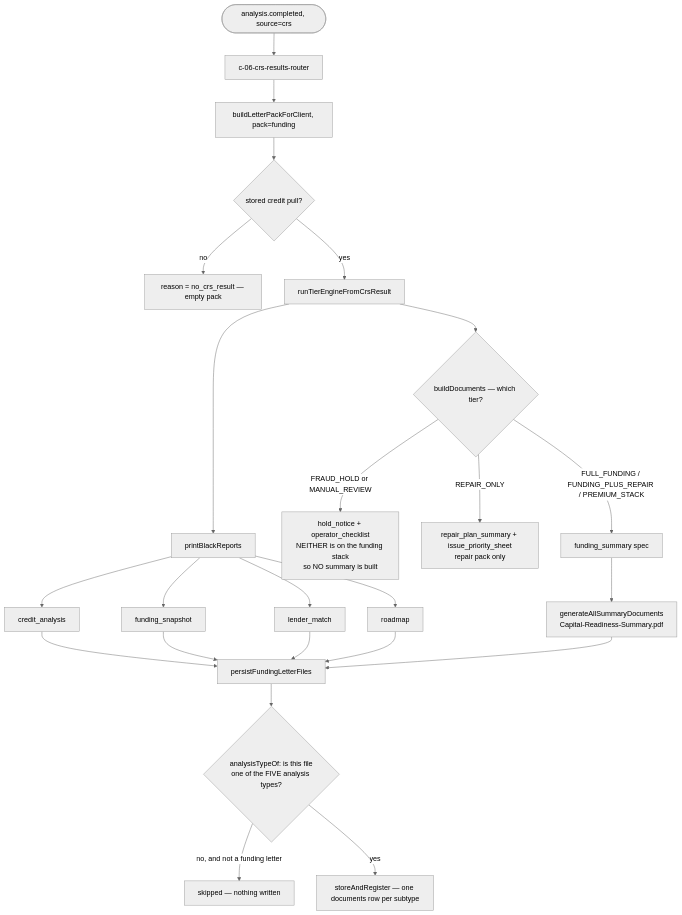
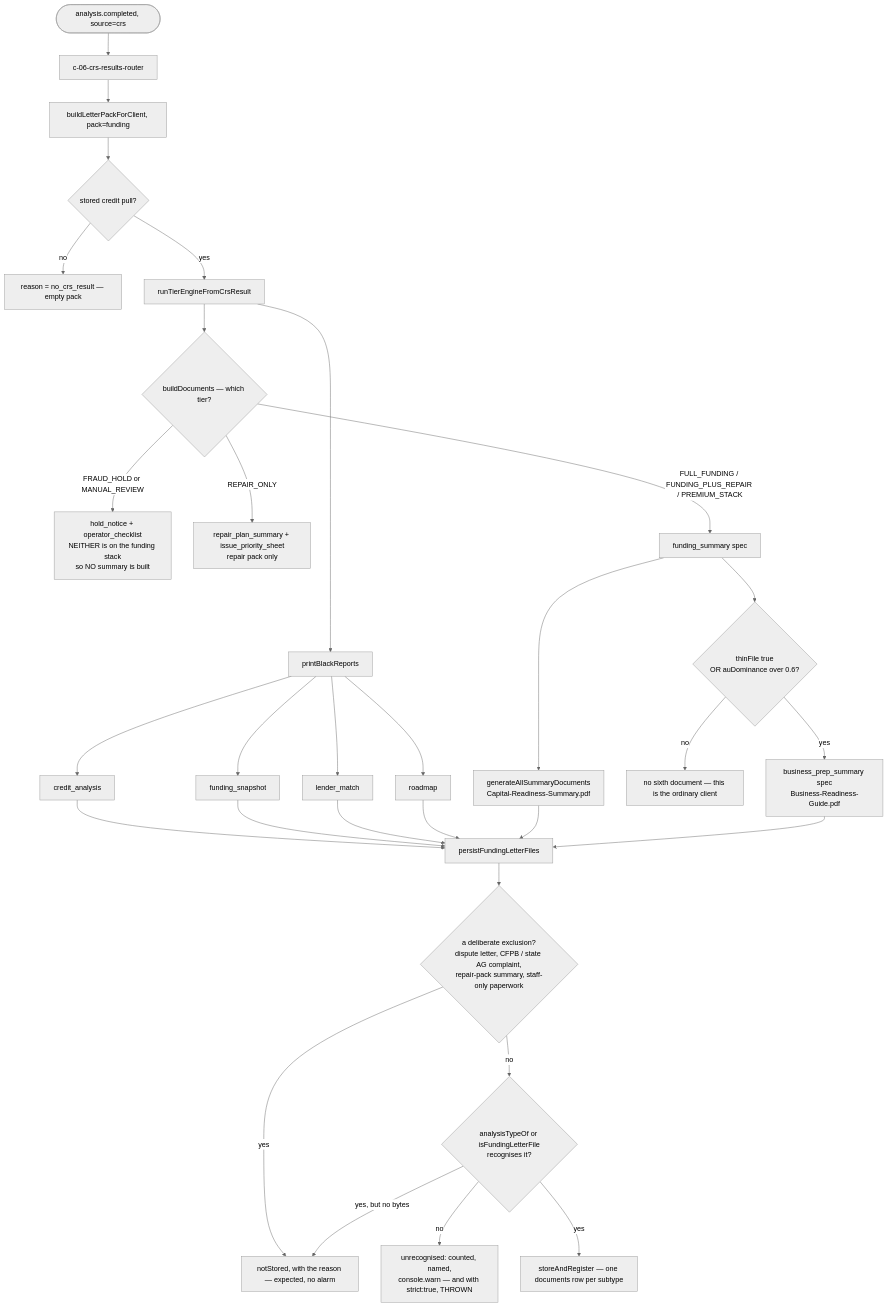
The first of 2 diagrams in docs/journeys/deliverables-actual.md (ZootimusMaximusSupreme/Fundhub_ai), drawn with Mermaid (neutral theme) before and after one commit. The commit also changed other lines of this file and 5 other files, not shown here.

First line of the commit message:
Save the SIXTH deliverable too, and stop the saver dropping files in silence

````diff
--- a/docs/journeys/deliverables-actual.md
+++ b/docs/journeys/deliverables-actual.md
@@ -22,31 +30,39 @@
 ```mermaid
 flowchart TD
     EV([analysis.completed, source=crs]) --> C06[c-06-crs-results-router]
     C06 --> PACK[buildLetterPackForClient, pack=funding]
 
     PACK --> ENG{stored credit pull?}
     ENG -->|no| NOCRS[reason = no_crs_result — empty pack]
     ENG -->|yes| TIER[runTierEngineFromCrsResult]
 
     TIER --> PRINT[printBlackReports]
     PRINT --> P1[credit_analysis]
     PRINT --> P2[funding_snapshot]
     PRINT --> P3[lender_match]
     PRINT --> P4[roadmap]
 
     TIER --> BD{buildDocuments — which tier?}
     BD -->|FRAUD_HOLD or MANUAL_REVIEW| HOLD[hold_notice + operator_checklist<br/>NEITHER is on the funding stack<br/>so NO summary is built]
     BD -->|REPAIR_ONLY| REP[repair_plan_summary + issue_priority_sheet<br/>repair pack only]
     BD -->|FULL_FUNDING / FUNDING_PLUS_REPAIR / PREMIUM_STACK| FS[funding_summary spec]
     FS --> P5[generateAllSummaryDocuments<br/>Capital-Readiness-Summary.pdf]
 
+    FS --> THIN{thinFile true<br/>OR auDominance over 0.6?}
+    THIN -->|no| ONLY5[no sixth document — this is the ordinary client]
+    THIN -->|yes| P6[business_prep_summary spec<br/>Business-Readiness-Guide.pdf]
+
     P1 --> SAVE[persistFundingLetterFiles]
     P2 --> SAVE
     P3 --> SAVE
     P4 --> SAVE
     P5 --> SAVE
+    P6 --> SAVE
 
-    SAVE --> AT{analysisTypeOf: is this file<br/>one of the FIVE analysis types?}
-    AT -->|no, and not a funding letter| DROP[skipped — nothing written]
+    SAVE --> EX{a deliberate exclusion?<br/>dispute letter, CFPB / state AG complaint,<br/>repair-pack summary, staff-only paperwork}
+    EX -->|yes| NS[notStored, with the reason — expected, no alarm]
+    EX -->|no| AT{analysisTypeOf or isFundingLetterFile<br/>recognises it?}
+    AT -->|no| UNK[unrecognised: counted, named,<br/>console.warn — and with strict:true, THROWN]
+    AT -->|yes, but no bytes| NS
     AT -->|yes| ROW[storeAndRegister — one documents row per subtype]
 ```
````
